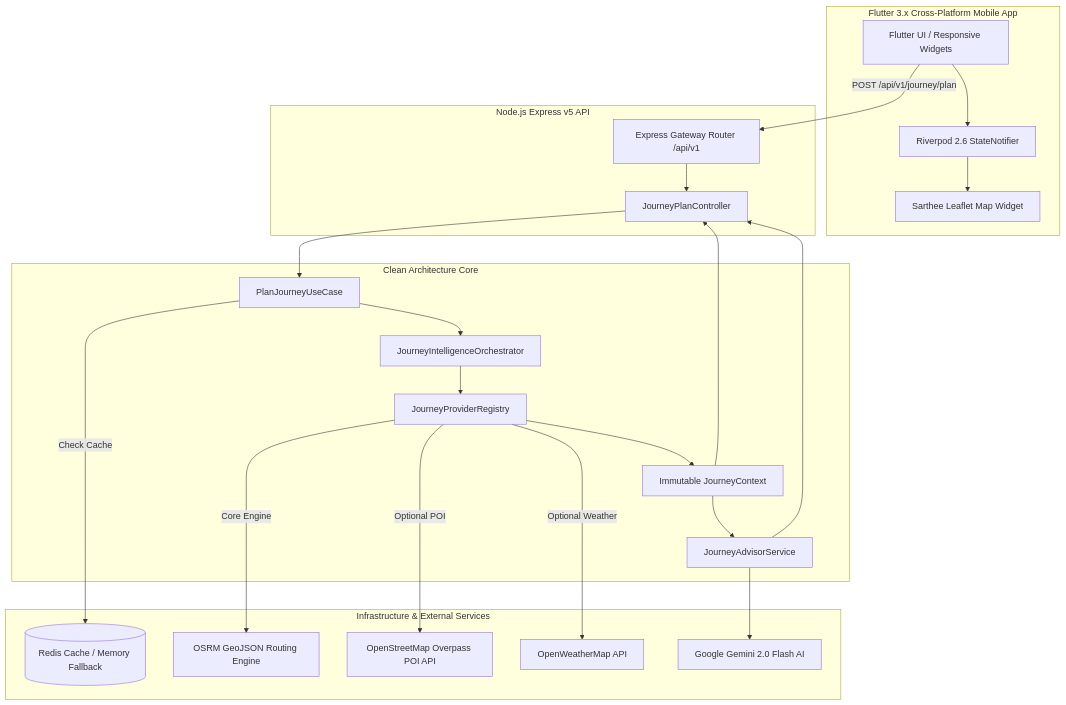
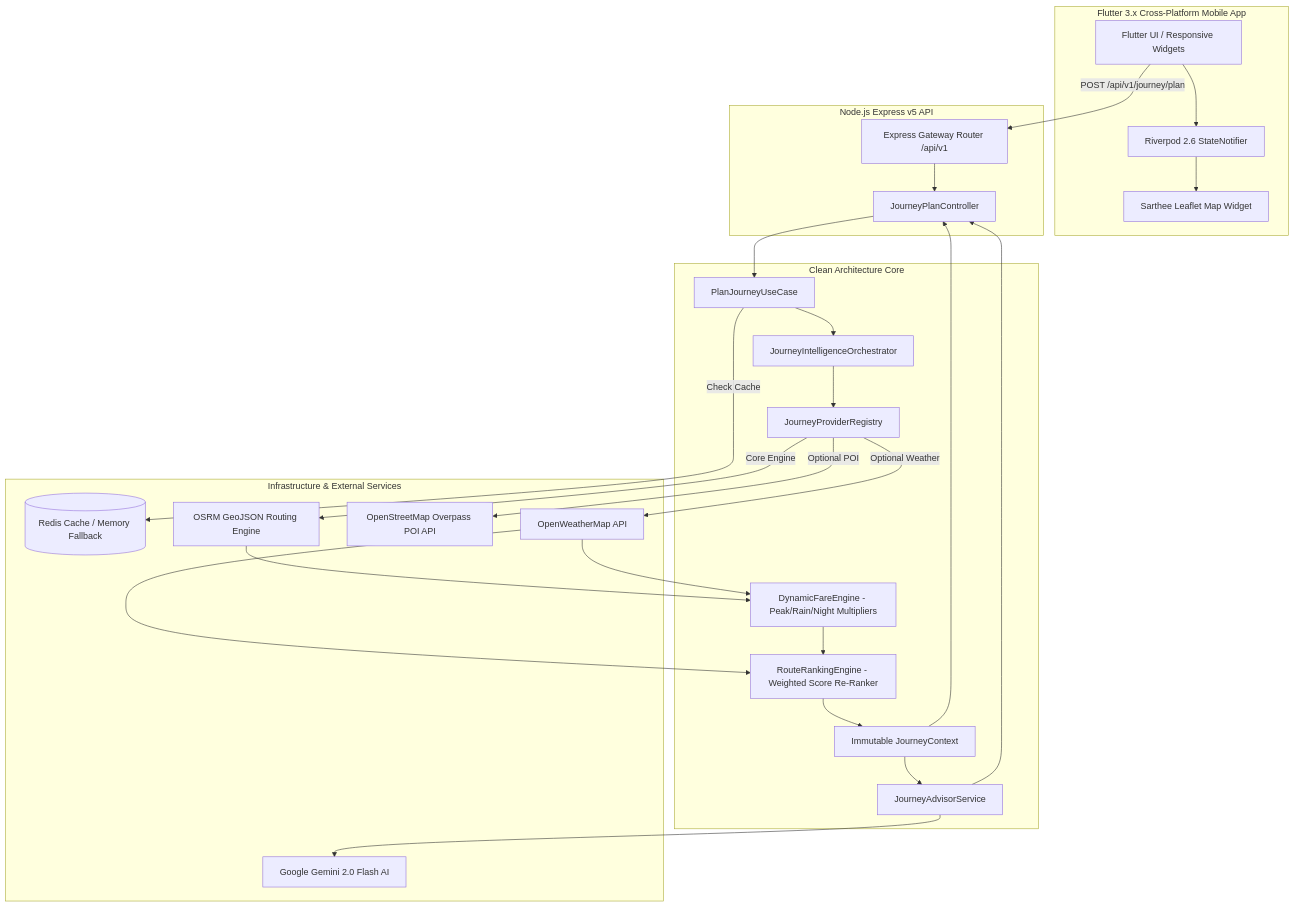
One commit to vivek-kumar-kandu/Sarthee-AI changed the first of 4 diagrams in docs/ARCHITECTURE.md. Above: the diagram before and after it, drawn with Mermaid. The commit also changed other lines of this file and 5 other files, not shown here.

````diff
--- a/docs/ARCHITECTURE.md
+++ b/docs/ARCHITECTURE.md
@@ -9,40 +9,44 @@
 ```mermaid
 graph TD
     subgraph Client Layer [Flutter 3.x Cross-Platform Mobile App]
         UI[Flutter UI / Responsive Widgets]
         RP[Riverpod 2.6 StateNotifier]
         MAP[Sarthee Leaflet Map Widget]
     end
 
     subgraph Gateway Layer [Node.js Express v5 API]
         GW[Express Gateway Router /api/v1]
         CTRL[JourneyPlanController]
     end
 
     subgraph Orchestration & Intelligence Layer [Clean Architecture Core]
         UC[PlanJourneyUseCase]
         JIO[JourneyIntelligenceOrchestrator]
         REG[JourneyProviderRegistry]
+        DFE[DynamicFareEngine - Peak/Rain/Night Multipliers]
+        RRE[RouteRankingEngine - Weighted Score Re-Ranker]
         JAS[JourneyAdvisorService]
         JC[Immutable JourneyContext]
     end
 
     subgraph Infrastructure & External Services
         REDIS[(Redis Cache / Memory Fallback)]
         OSRM[OSRM GeoJSON Routing Engine]
         OVERPASS[OpenStreetMap Overpass POI API]
         OWM[OpenWeatherMap API]
         GEMINI[Google Gemini 2.0 Flash AI]
     end
 
     UI --> RP --> MAP
     UI -->|POST /api/v1/journey/plan| GW --> CTRL --> UC
     UC -->|Check Cache| REDIS
     UC --> JIO --> REG
     REG -->|Core Engine| OSRM
     REG -->|Optional POI| OVERPASS
     REG -->|Optional Weather| OWM
-    REG --> JC
+    OSRM & OWM --> DFE
+    DFE & OWM --> RRE
+    RRE --> JC
     JC --> JAS --> GEMINI
     JC & JAS --> CTRL
 ```
````
